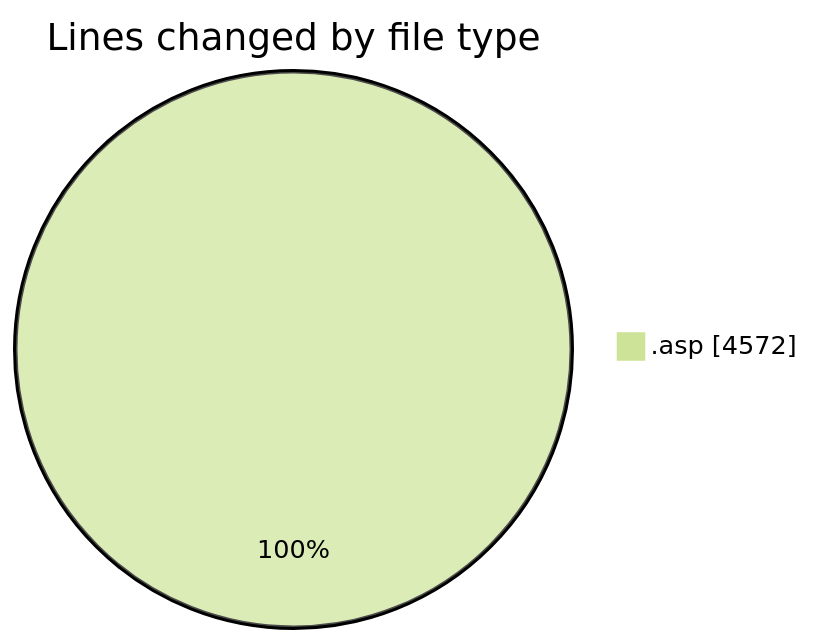
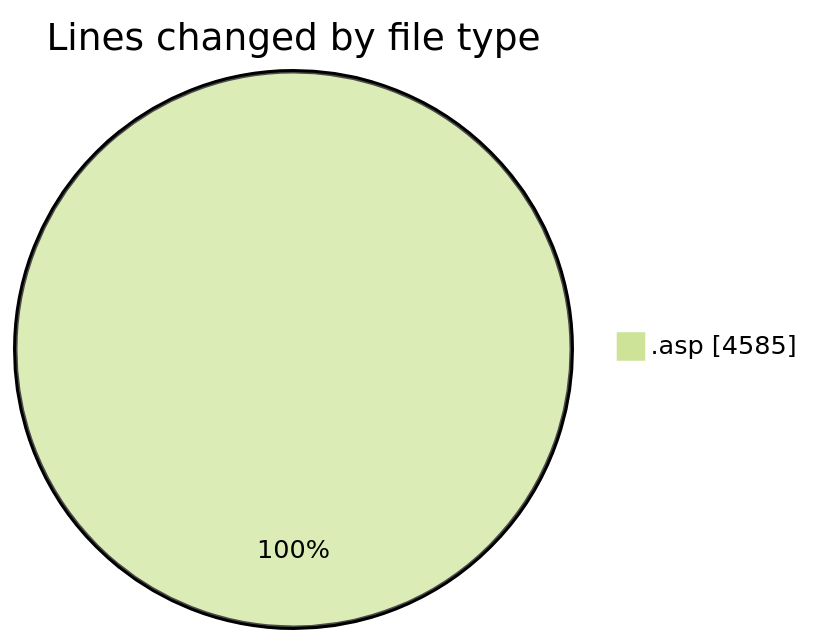
Before and after one commit to julien-gomy/code-tracking: the first of 2 diagrams in 2025-10-28/cdp_aleoudev_fr__workspace_/README.md, drawn with Mermaid (forest theme). The commit also changed other lines of this file and 1 other file, not shown here.

````diff
--- a/2025-10-28/cdp_aleoudev_fr__workspace_/README.md
+++ b/2025-10-28/cdp_aleoudev_fr__workspace_/README.md
@@ -21,5 +21,5 @@
 ```mermaid
 pie showData
 title Lines changed by file type
-".asp" : 4572
+".asp" : 4585
 ```
````
